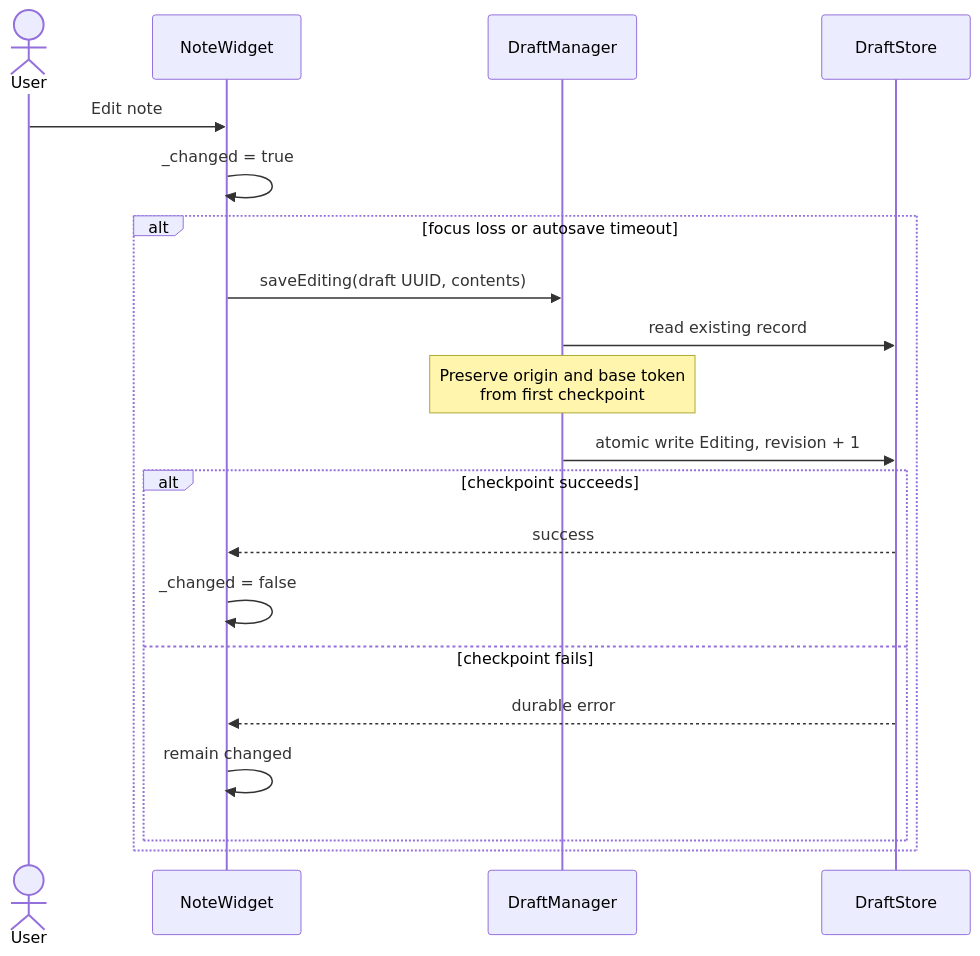
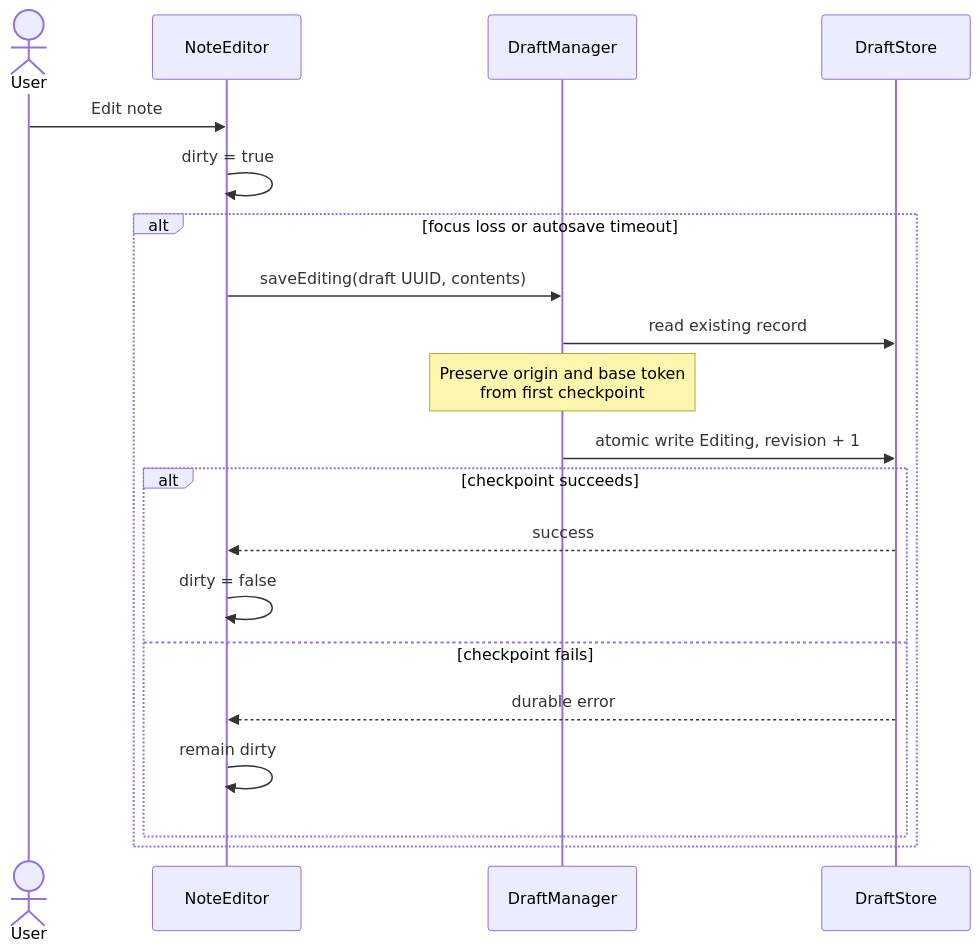
The third of 8 diagrams in docs/note-lifecycle-architecture.md (Ri0n/QtNote), drawn with Mermaid before and after one commit. The commit also changed other lines of this file and 57 other files, not shown here.

````diff
--- a/docs/note-lifecycle-architecture.md
+++ b/docs/note-lifecycle-architecture.md
@@ -184,24 +188,24 @@
 ```mermaid
 sequenceDiagram
     actor U as User
-    participant W as NoteWidget
+    participant E as NoteEditor
     participant DM as DraftManager
     participant DS as DraftStore
 
-    U->>W: Edit note
-    W->>W: _changed = true
+    U->>E: Edit note
+    E->>E: dirty = true
 
     alt focus loss or autosave timeout
-        W->>DM: saveEditing(draft UUID, contents)
+        E->>DM: saveEditing(draft UUID, contents)
         DM->>DS: read existing record
         Note over DM: Preserve origin and base token<br/>from first checkpoint
         DM->>DS: atomic write Editing, revision + 1
         alt checkpoint succeeds
-            DS-->>W: success
-            W->>W: _changed = false
+            DS-->>E: success
+            E->>E: dirty = false
         else checkpoint fails
-            DS-->>W: durable error
-            W->>W: remain changed
+            DS-->>E: durable error
+            E->>E: remain dirty
         end
     end
 ```
````
